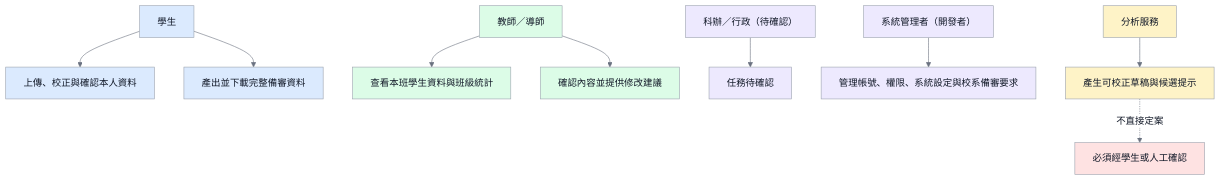
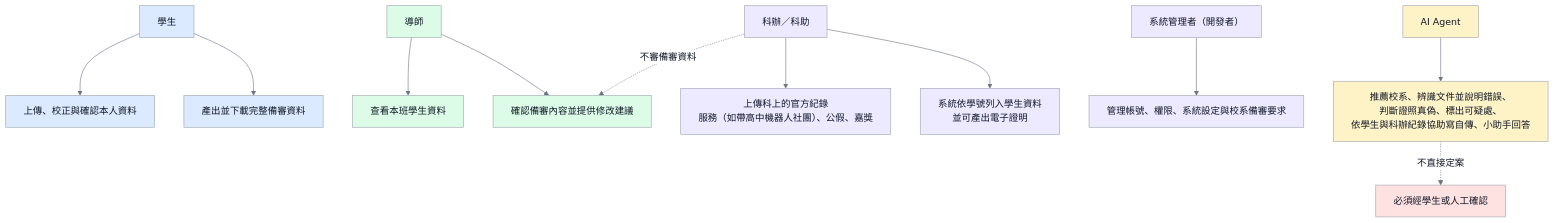
One commit to vujhdcusa/1028 changed the diagram in docs/images/D-14-role-responsibility.mmd. Above: the diagram before and after it, drawn with Mermaid. The commit also changed 41 other files, not shown here.

First line of the commit message:
docs: update diagrams and spec for department office records and AI feedback

```diff
--- a/docs/images/D-14-role-responsibility.mmd
+++ b/docs/images/D-14-role-responsibility.mmd
@@ -1,16 +1,18 @@
 %%{init: {'theme':'base','themeVariables': {'fontFamily':'Microsoft JhengHei, Noto Sans TC, Arial, sans-serif','primaryColor':'#F3F4F6','primaryTextColor':'#111827','primaryBorderColor':'#9CA3AF','lineColor':'#6B7280','edgeLabelBackground':'#FFFFFF'},'flowchart':{'wrappingWidth':400}}}%%
 flowchart TD
     classDef student fill:#DBEAFE,stroke:#9CA3AF,color:#111827,stroke-width:1px;
     classDef teacher fill:#DCFCE7,stroke:#9CA3AF,color:#111827,stroke-width:1px;
     classDef staff fill:#EDE9FE,stroke:#9CA3AF,color:#111827,stroke-width:1px;
     classDef ai fill:#FEF3C7,stroke:#9CA3AF,color:#111827,stroke-width:1px;
     classDef alert fill:#FEE2E2,stroke:#9CA3AF,color:#111827,stroke-width:1px;
 
     Student[學生]:::student --> S1[上傳、校正與確認本人資料]:::student
     Student --> S2[產出並下載完整備審資料]:::student
-    Teacher[教師／導師]:::teacher --> T1[查看本班學生資料與班級統計]:::teacher
-    Teacher --> T2[確認內容並提供修改建議]:::teacher
-    Staff[科辦／行政（待確認）]:::staff --> F1[任務待確認]:::staff
+    Teacher[導師]:::teacher --> T1[查看本班學生資料]:::teacher
+    Teacher --> T2[確認備審內容並提供修改建議]:::teacher
+    Staff[科辦／科助]:::staff --> F1[上傳科上的官方紀錄<br/>服務（如帶高中機器人社團）、公假、嘉獎]:::staff
+    Staff --> F2[系統依學號列入學生資料<br/>並可產出電子證明]:::staff
+    Staff -.不審備審資料.-> T2
     Admin[系統管理者（開發者）]:::staff --> A1[管理帳號、權限、系統設定與校系備審要求]:::staff
-    Agent[分析服務]:::ai --> G1[產生可校正草稿與候選提示]:::ai
+    Agent[AI Agent]:::ai --> G1[推薦校系、辨識文件並說明錯誤、<br/>判斷證照真偽、標出可疑處、<br/>依學生與科辦紀錄協助寫自傳、小助手回答]:::ai
     G1 -.不直接定案.-> Block[必須經學生或人工確認]:::alert
```
